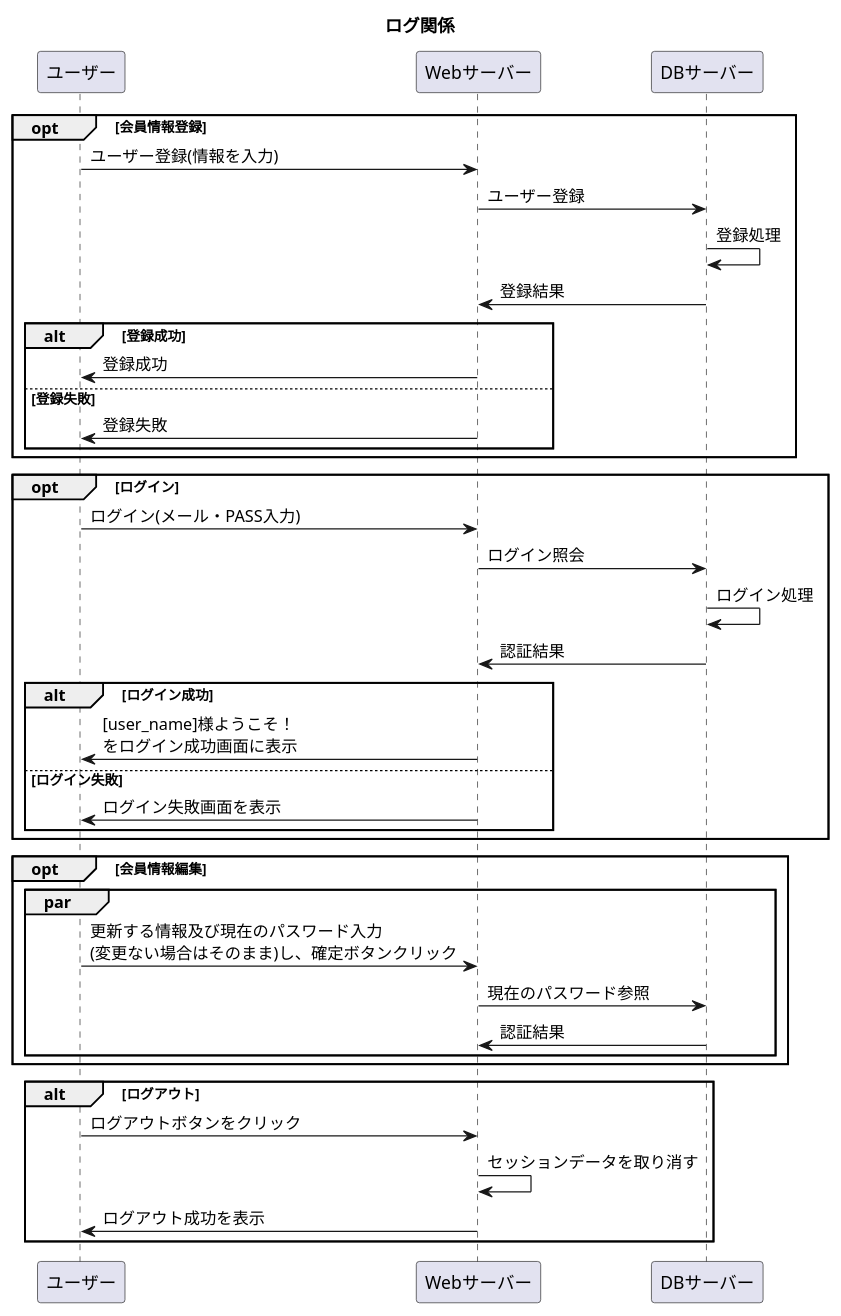
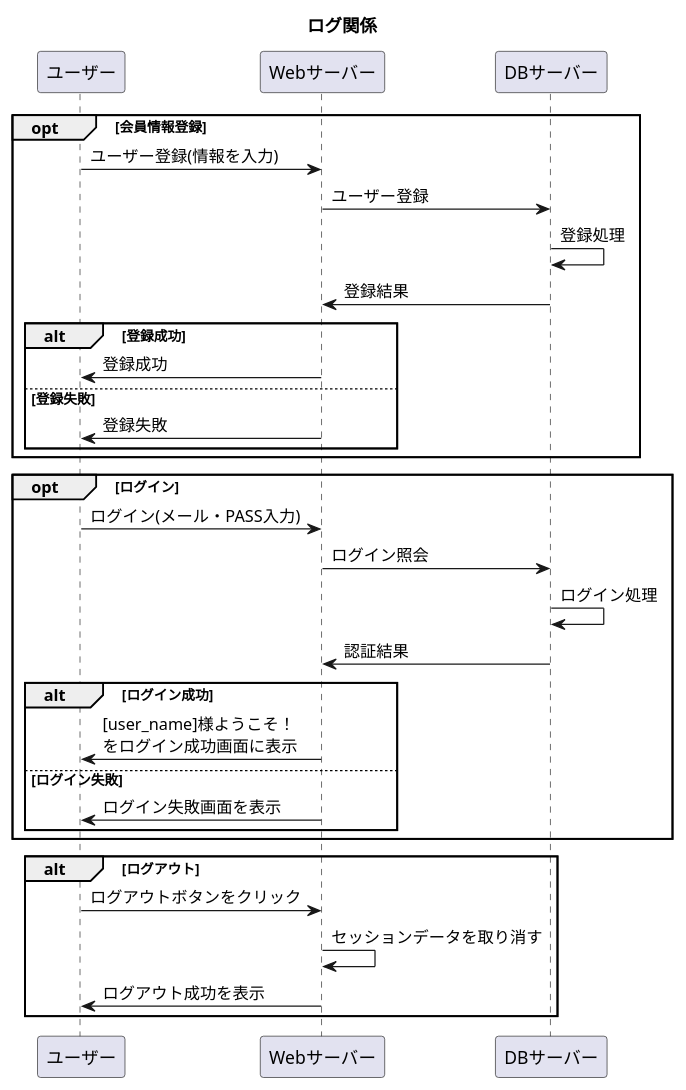
Before and after one commit to Aso2001227/Aso-Sports-1: the diagram in 設計書/02_業務フロー/Log-flow.md, drawn with PlantUML.

````diff
--- a/設計書/02_業務フロー/Log-flow.md
+++ b/設計書/02_業務フロー/Log-flow.md
@@ -1,41 +1,33 @@
 ```uml
 @startuml
 title: ログ関係
 opt 会員情報登録
   ユーザー -> Webサーバー : ユーザー登録(情報を入力)
   Webサーバー -> DBサーバー : ユーザー登録
   DBサーバー -> DBサーバー : 登録処理
   DBサーバー -> Webサーバー : 登録結果
   alt 登録成功
     Webサーバー -> ユーザー : 登録成功
     else 登録失敗
     Webサーバー -> ユーザー : 登録失敗
   end
   end
   opt ログイン
       ユーザー -> Webサーバー : ログイン(メール・PASS入力)
       Webサーバー -> DBサーバー : ログイン照会
       DBサーバー -> DBサーバー : ログイン処理
       DBサーバー -> Webサーバー : 認証結果
       alt ログイン成功
         Webサーバー -> ユーザー : [user_name]様ようこそ！\nをログイン成功画面に表示
        else ログイン失敗
         Webサーバー -> ユーザー : ログイン失敗画面を表示
       end
       end
       
-    opt 会員情報編集
-    par
-      ユーザー ->Webサーバー :更新する情報及び現在のパスワード入力\n(変更ない場合はそのまま)し、確定ボタンクリック
-      Webサーバー -> DBサーバー : 現在のパスワード参照
-      DBサーバー -> Webサーバー : 認証結果
-      end
-   end
-      
     alt ログアウト
       ユーザー ->Webサーバー :ログアウトボタンをクリック
       Webサーバー -> Webサーバー :セッションデータを取り消す
       Webサーバー -> ユーザー :ログアウト成功を表示 
      end
 @enduml
 ```
````
